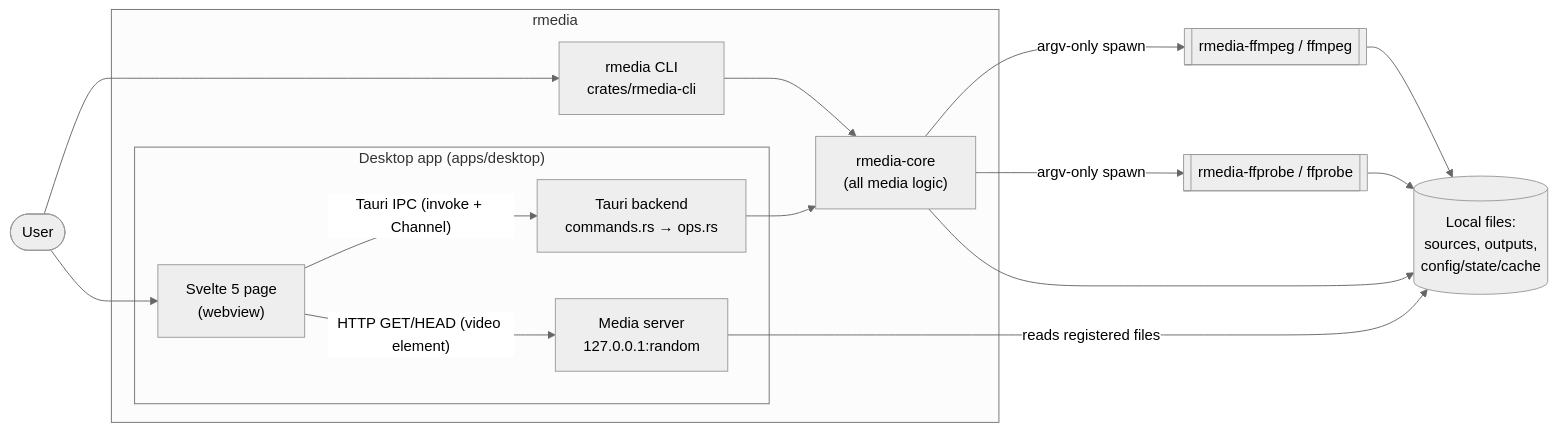
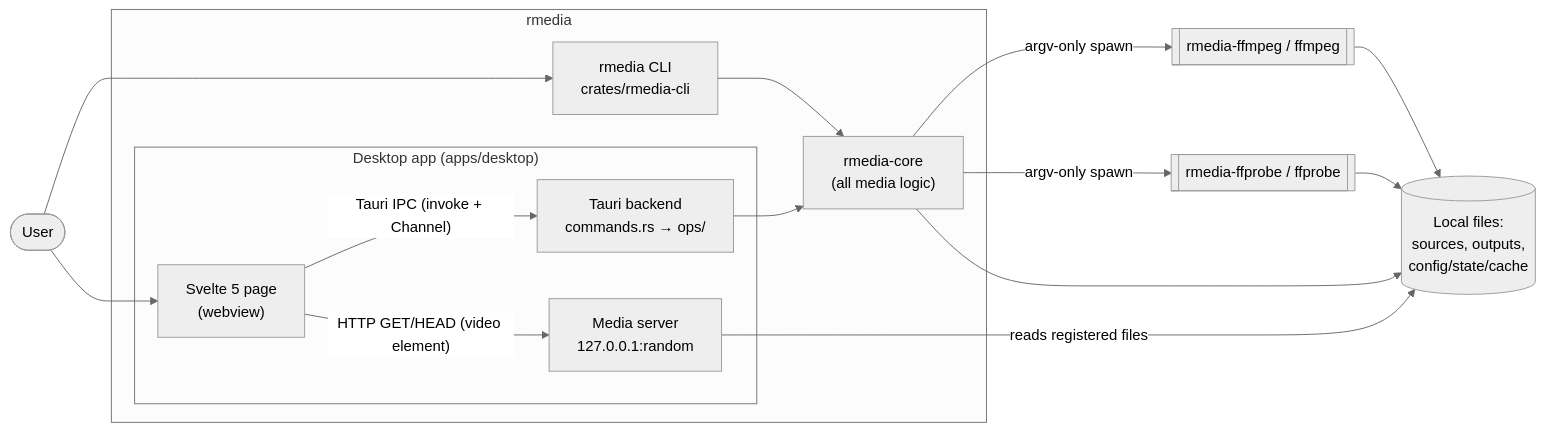
Before and after one commit to z3r0fidev/redd-media-clipper-upscaler: the first of 3 diagrams in docs/architecture/overview.md, drawn with Mermaid (neutral theme). The commit also changed other lines of this file and 46 other files, not shown here.

````diff
--- a/docs/architecture/overview.md
+++ b/docs/architecture/overview.md
@@ -54,29 +54,29 @@
 ```mermaid
 flowchart LR
   user([User])
   subgraph rmedia
     cli["rmedia CLI<br/>crates/rmedia-cli"]
     subgraph desktop["Desktop app (apps/desktop)"]
       ui["Svelte 5 page<br/>(webview)"]
-      tauri["Tauri backend<br/>commands.rs → ops.rs"]
+      tauri["Tauri backend<br/>commands.rs → ops/"]
       ms["Media server<br/>127.0.0.1:random"]
     end
     core["rmedia-core<br/>(all media logic)"]
   end
   ff[["rmedia-ffmpeg / ffmpeg"]]
   fp[["rmedia-ffprobe / ffprobe"]]
   fs[(Local files:<br/>sources, outputs,<br/>config/state/cache)]
 
   user --> cli
   user --> ui
   ui -- "Tauri IPC (invoke + Channel)" --> tauri
   ui -- "HTTP GET/HEAD (video element)" --> ms
   cli --> core
   tauri --> core
   ms -- "reads registered files" --> fs
   core -- "argv-only spawn" --> ff
   core -- "argv-only spawn" --> fp
   ff --> fs
   fp --> fs
   core --> fs
 ```
````
